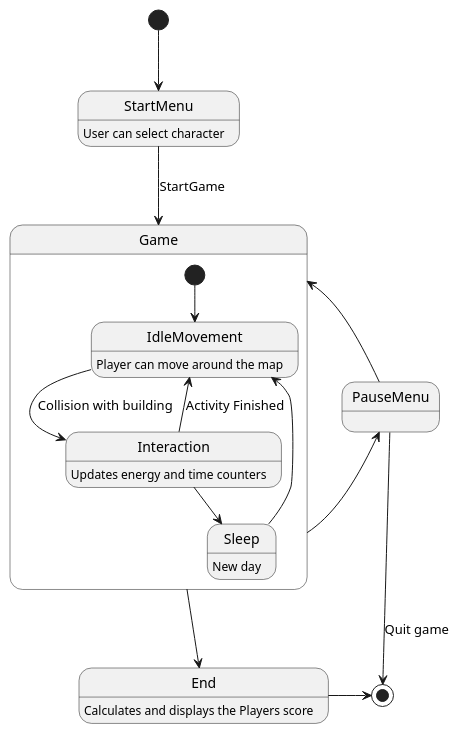
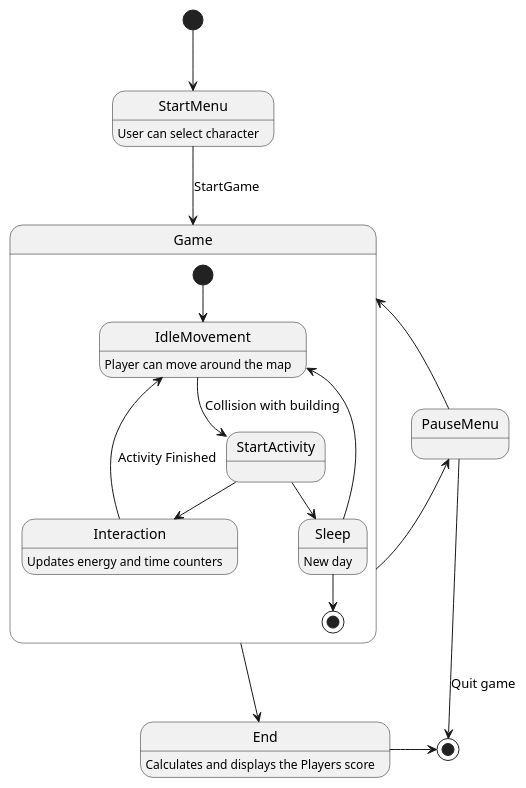
Before and after one commit to Mxtt-smith/Group-12-ENG1: the diagram in UML_Diagrams/StateDiagram.puml, drawn with PlantUML.

Commit message:
modified state diagram

```diff
--- a/UML_Diagrams/StateDiagram.puml
+++ b/UML_Diagrams/StateDiagram.puml
@@ -1,37 +1,39 @@
 @startuml
 'https://plantuml.com/state-diagram
 
 [*] --> StartMenu
 
 state StartMenu {
     StartMenu: User can select character
 }
 
 state Game{
     [*] --> IdleMovement
 
     IdleMovement: Player can move around the map
 
-    IdleMovement --> Interaction:Collision with building
+    IdleMovement --> StartActivity :Collision with building
+    StartActivity --> Interaction
+    StartActivity  --> Sleep
     Interaction --> IdleMovement:Activity Finished
     Interaction: Updates energy and time counters
-    Interaction  --> Sleep
     Sleep:New day
     Sleep --> IdleMovement
+    Sleep --> [*]
 }
 
 state End{
     End:Calculates and displays the Players score
 }
 
 state PauseMenu{
 
 }
 
 StartMenu --> Game: StartGame
 Game -> PauseMenu
 Game <- PauseMenu
 Game --> End
 End -> [*]
 PauseMenu --> [*] : Quit game
 @enduml
```
